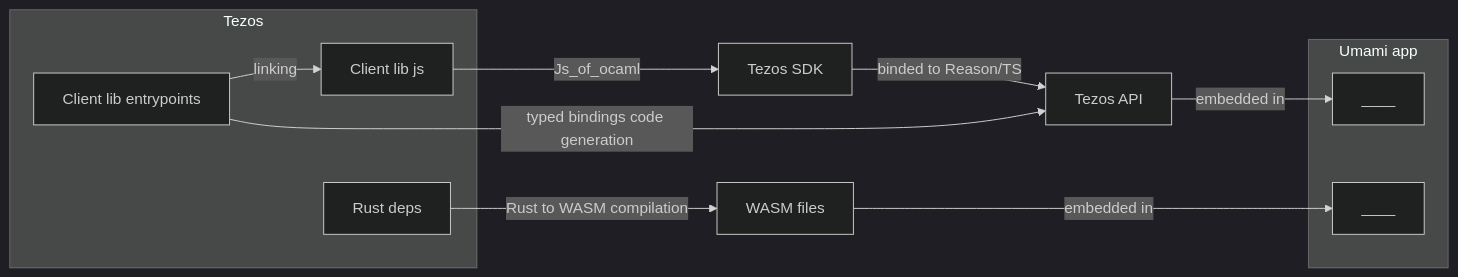
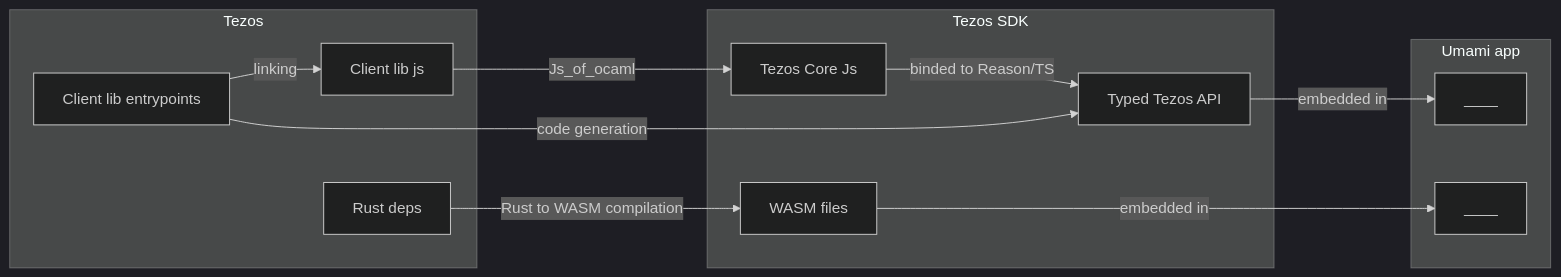
Before and after one commit to trilitech/umami-v1: the second of 2 diagrams in docs/specs/compilation-schema.md, drawn with Mermaid (dark theme). The commit also changed other lines of this file, not shown here.

Commit message:
[specs] new subgraph for tezos SDK in compilation Schema

````diff
--- a/docs/specs/compilation-schema.md
+++ b/docs/specs/compilation-schema.md
@@ -30,18 +37,24 @@
 ```mermaid
 graph LR
   subgraph "Umami app"
   Node11[____]
   Node13[____]
   end
 
   subgraph "Tezos"
   Node1[Client lib entrypoints] -- linking --> Node3[Client lib js]
   Node5[Rust deps]
   end
   Node5 -- Rust to WASM compilation --> Node6[WASM files]
   Node6 -- embedded in --> Node13
-  Node3 -- Js_of_ocaml --> Node9[Tezos SDK]
+  Node3 -- Js_of_ocaml --> Node9[Tezos Core Js]
   Node9 -- binded to Reason/TS --> Node10
-  Node10[Tezos API] -- embedded in --> Node11
-  Node1 -- typed bindings code generation --> Node10
+  Node10[Typed Tezos API] -- embedded in --> Node11
+  Node1 -- code generation --> Node10
+
+  subgraph "Tezos SDK"
+    Node9
+    Node6
+    Node10
+  end
 ```
````
